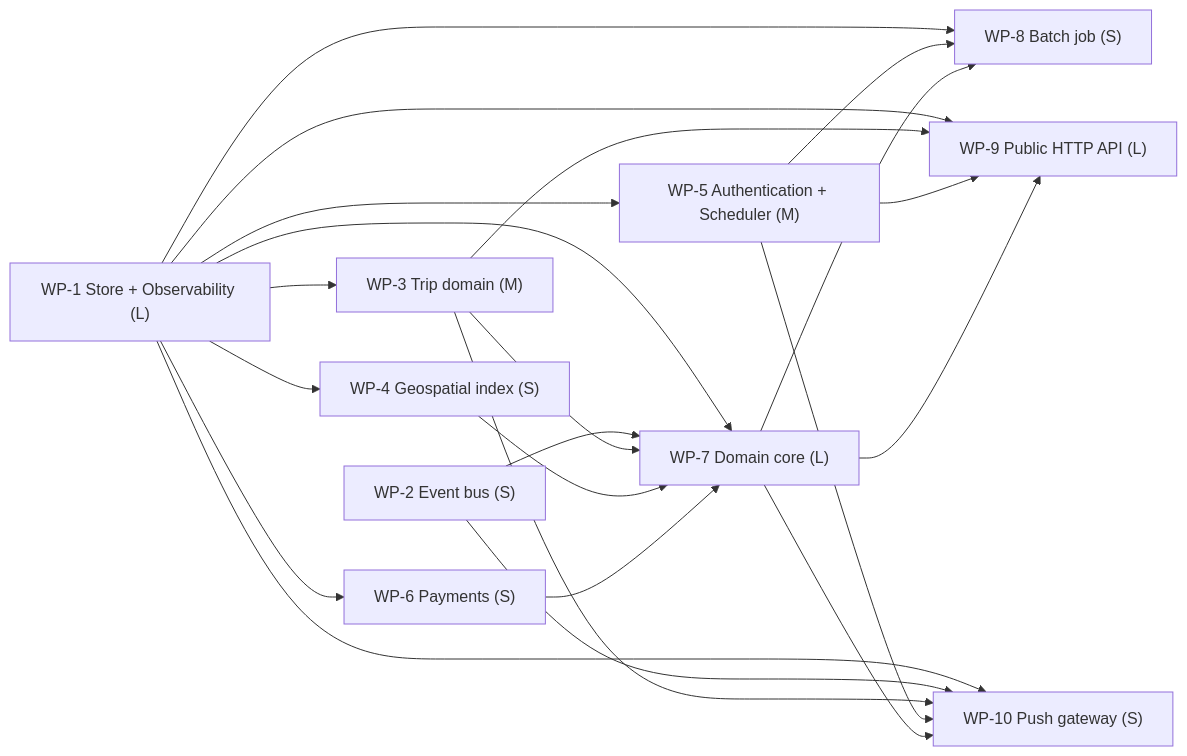
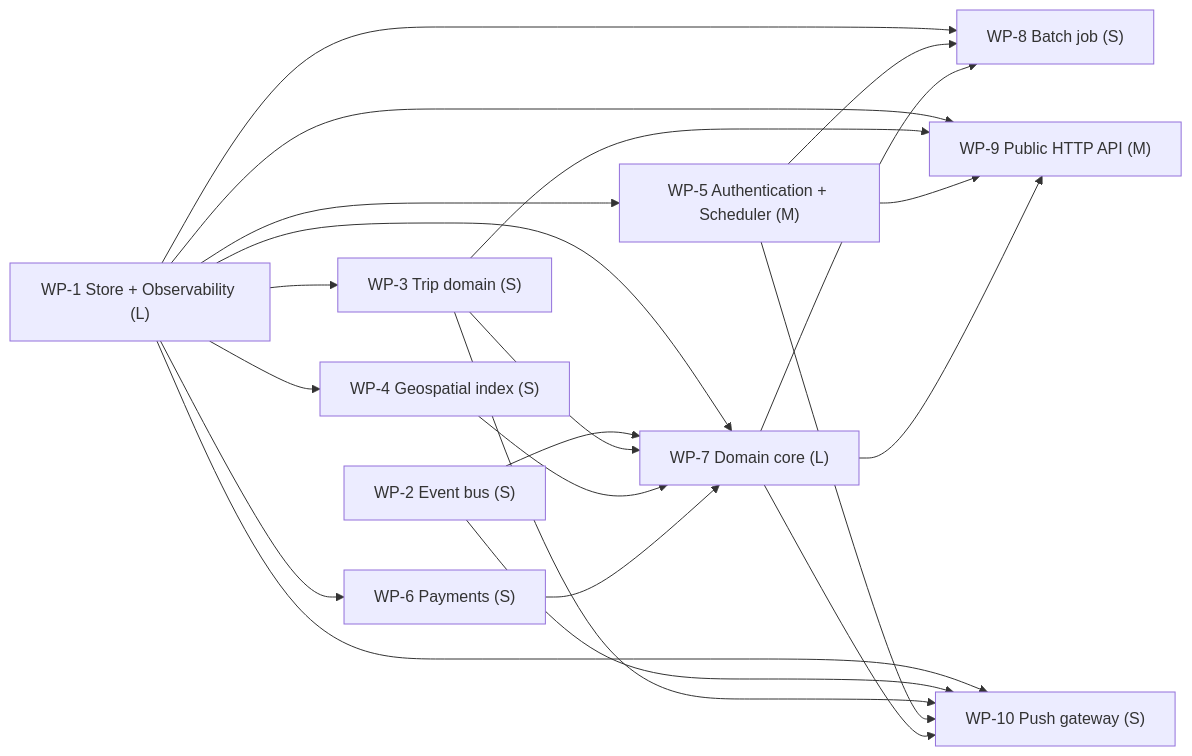
Before and after one commit to yui9696/sekkei: the third of 3 diagrams in examples/eval/ride.DESIGN.md, drawn with Mermaid. The commit also changed other lines of this file and 42 other files, not shown here.

````diff
--- a/examples/eval/ride.DESIGN.md
+++ b/examples/eval/ride.DESIGN.md
@@ -704,34 +700,34 @@
 ```mermaid
 graph LR
   WP_1["WP-1 Store + Observability (L)"]
   WP_2["WP-2 Event bus (S)"]
-  WP_3["WP-3 Trip domain (M)"]
+  WP_3["WP-3 Trip domain (S)"]
   WP_4["WP-4 Geospatial index (S)"]
   WP_5["WP-5 Authentication + Scheduler (M)"]
   WP_6["WP-6 Payments (S)"]
   WP_7["WP-7 Domain core (L)"]
   WP_8["WP-8 Batch job (S)"]
-  WP_9["WP-9 Public HTTP API (L)"]
+  WP_9["WP-9 Public HTTP API (M)"]
   WP_10["WP-10 Push gateway (S)"]
   WP_1 --> WP_3
   WP_1 --> WP_4
   WP_1 --> WP_5
   WP_1 --> WP_6
   WP_1 --> WP_7
   WP_2 --> WP_7
   WP_3 --> WP_7
   WP_4 --> WP_7
   WP_6 --> WP_7
   WP_1 --> WP_8
   WP_5 --> WP_8
   WP_7 --> WP_8
   WP_1 --> WP_9
   WP_3 --> WP_9
   WP_5 --> WP_9
   WP_7 --> WP_9
   WP_1 --> WP_10
   WP_2 --> WP_10
   WP_3 --> WP_10
   WP_5 --> WP_10
   WP_7 --> WP_10
 ```
````
